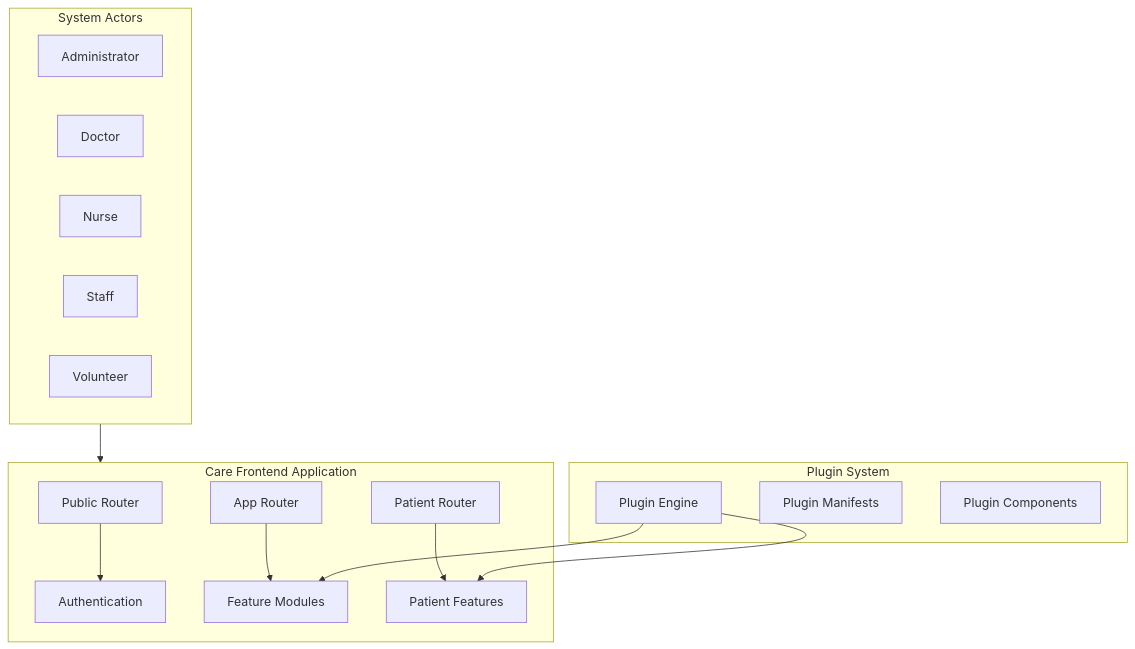
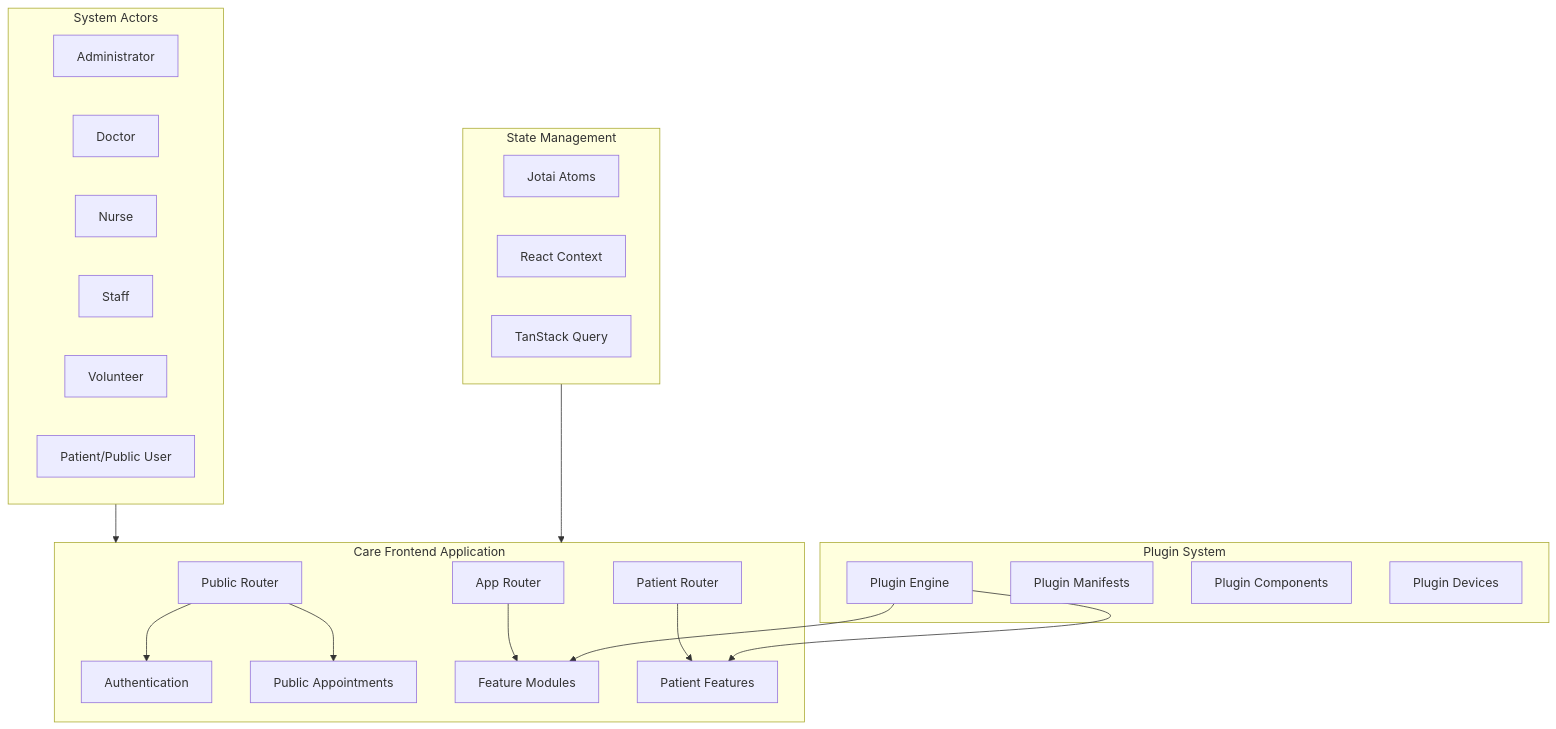
The first of 23 diagrams in flowdiagram.md (jagankumar-egov/care_fe), drawn with Mermaid before and after one commit. The commit also changed other lines of this file and 2 other files, not shown here.

Commit message:
updated flow

````diff
--- a/flowdiagram.md
+++ b/flowdiagram.md
@@ -25,26 +37,36 @@
 ```mermaid
 flowchart TB
     subgraph Frontend["Care Frontend Application"]
         PR[Public Router] --> Auth[Authentication]
+        PR --> PublicAppt[Public Appointments]
         AR[App Router] --> Features[Feature Modules]
         PatR[Patient Router] --> PatientFeatures[Patient Features]
     end
 
     subgraph Actors["System Actors"]
         Admin[Administrator]
         Doctor[Doctor]
         Nurse[Nurse]
         Staff[Staff]
         Volunteer[Volunteer]
+        Patient[Patient/Public User]
     end
 
     subgraph Plugins["Plugin System"]
         PE[Plugin Engine]
         PM[Plugin Manifests]
         PC[Plugin Components]
+        PD[Plugin Devices]
+    end
+
+    subgraph StateManagement["State Management"]
+        Jotai[Jotai Atoms]
+        Context[React Context]
+        TanStack[TanStack Query]
     end
 
     Actors --> Frontend
     PE --> Features
     PE --> PatientFeatures
+    StateManagement --> Frontend
 ```
````
